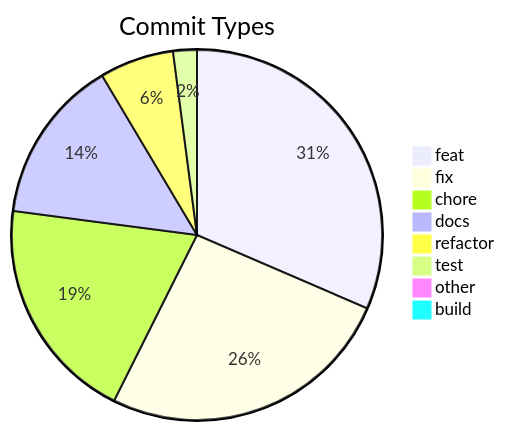
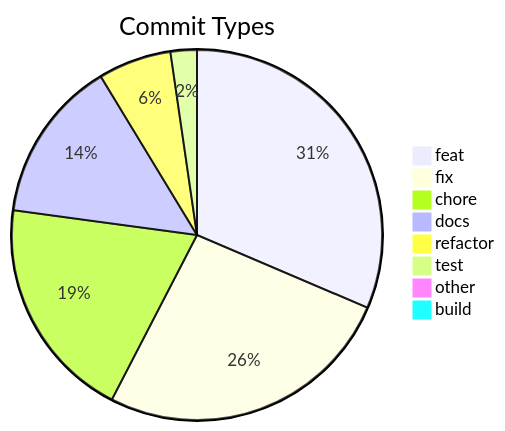
The diagram in .shipwright/compliance/change-history.md (svenroth-ai/shipwright), drawn with Mermaid before and after one commit. The commit also changed other lines of this file and 17 other files, not shown here.

````diff
--- a/.shipwright/compliance/change-history.md
+++ b/.shipwright/compliance/change-history.md
@@ -8,11 +8,11 @@
 ```mermaid
 pie title Commit Types
-    "feat" : 243
-    "fix" : 200
-    "chore" : 152
+    "feat" : 246
+    "fix" : 205
+    "chore" : 153
     "docs" : 111
     "refactor" : 50
-    "test" : 16
+    "test" : 18
     "other" : 7
     "build" : 1
 ```
````
